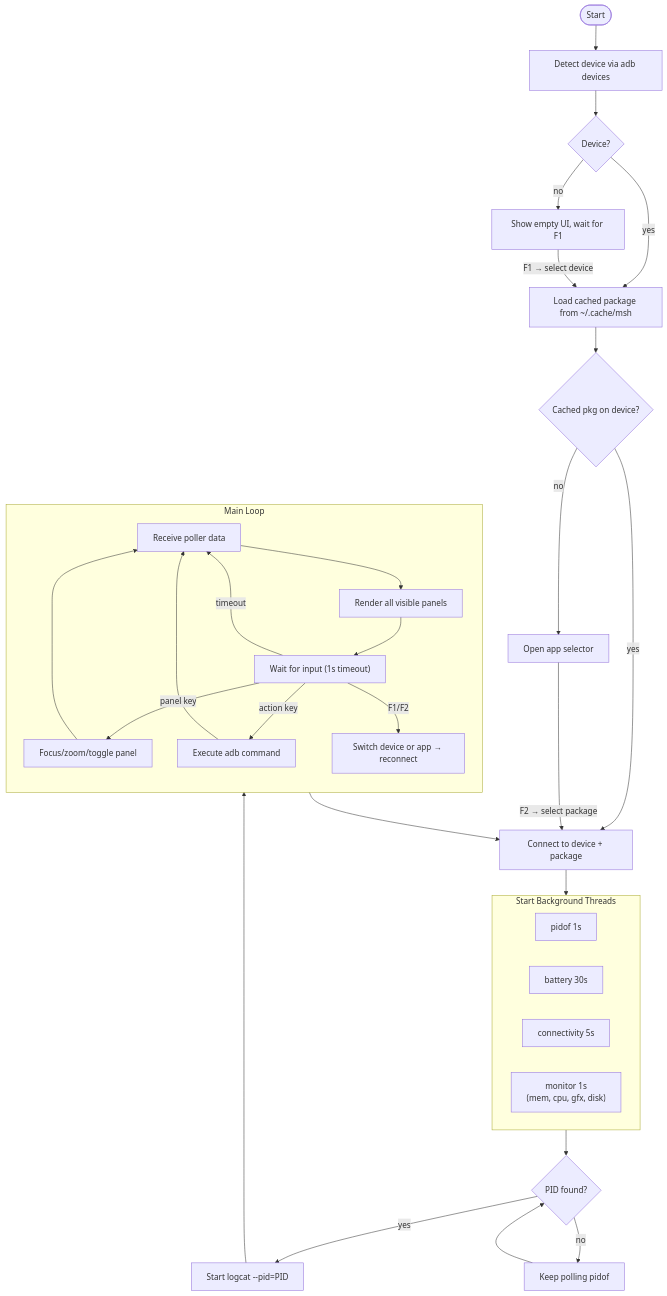
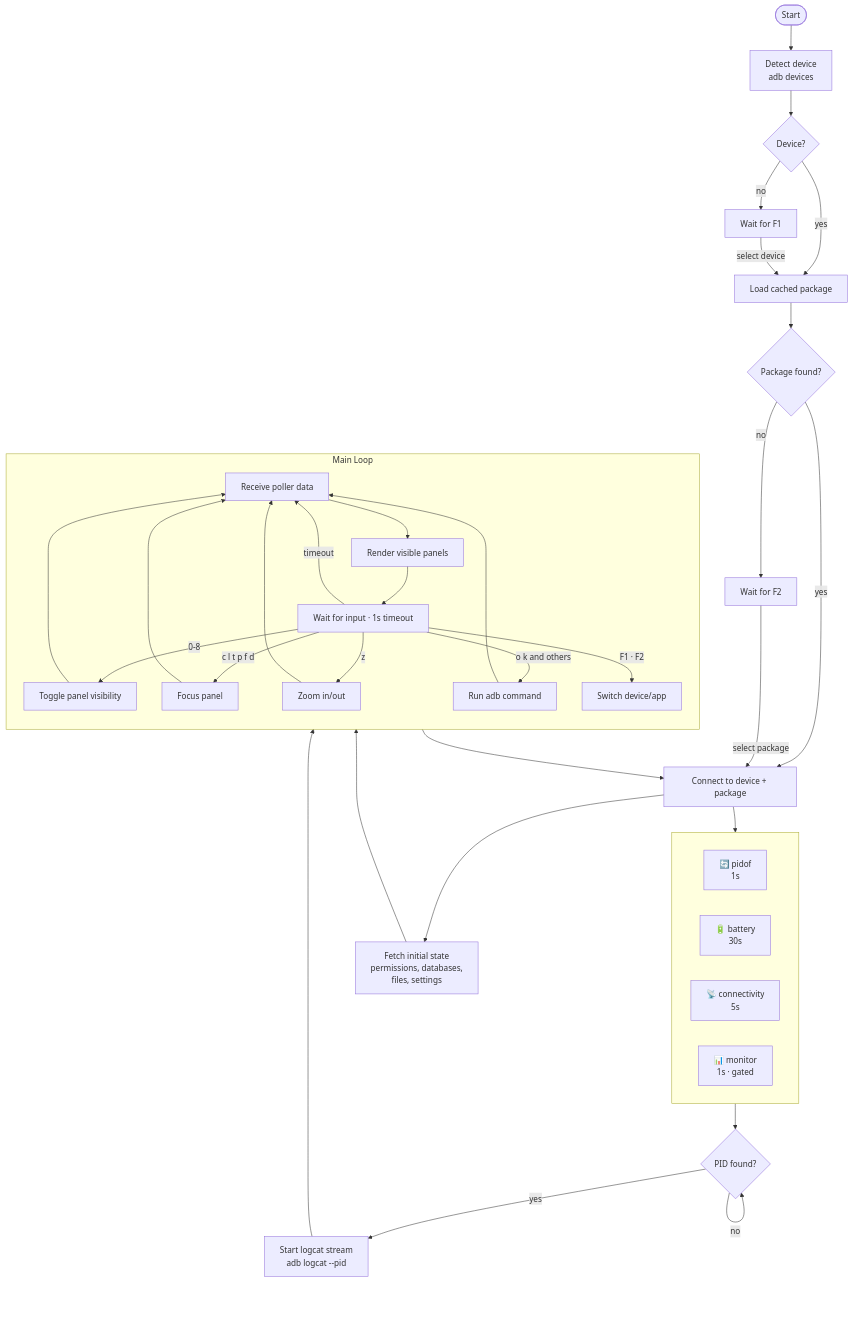
Before and after one commit to measure-sh/holo: the diagram in docs/architecture.mmd, drawn with Mermaid.

Commit message:
Improve architecture diagram readability

```diff
--- a/docs/architecture.mmd
+++ b/docs/architecture.mmd
@@ -1,42 +1,61 @@
 graph TD
-    START([Start]) --> DETECT["Detect device via adb devices"]
+    %% ── Startup ──
+    START([Start])
+    START --> DETECT["Detect device\nadb devices"]
+
+    %% ── Device Selection ──
     DETECT --> HAS{Device?}
-    HAS -->|no| WAIT_F1["Show empty UI, wait for F1"]
-    HAS -->|yes| CACHE["Load cached package from ~/.cache/msh"]
-    WAIT_F1 -->|F1 → select device| CACHE
+    HAS -->|no| WAIT_F1["Wait for F1"]
+    HAS -->|yes| CACHE["Load cached package"]
+    WAIT_F1 -->|select device| CACHE
 
-    CACHE --> MATCH{Cached pkg on device?}
+    %% ── Package Selection ──
+    CACHE --> MATCH{Package found?}
     MATCH -->|yes| CONNECT
-    MATCH -->|no| WAIT_F2["Open app selector"]
-    WAIT_F2 -->|F2 → select package| CONNECT
+    MATCH -->|no| WAIT_F2["Wait for F2"]
+    WAIT_F2 -->|select package| CONNECT
 
-    CONNECT["Connect to device + package"] --> START_POLLERS
+    %% ── Connection ──
+    CONNECT["Connect to device + package"]
+    CONNECT --> POLLERS
+    CONNECT --> FETCH["Fetch initial state\npermissions, databases,\nfiles, settings"]
 
-    subgraph START_POLLERS["Start Background Threads"]
+    %% ── Background Threads ──
+    subgraph POLLERS[" "]
         direction LR
-        P1["pidof 1s"]
-        P2["battery 30s"]
-        P3["connectivity 5s"]
-        P4["monitor 1s\n(mem, cpu, gfx, disk)"]
+        P1["🔄 pidof\n1s"]
+        P2["🔋 battery\n30s"]
+        P3["📡 connectivity\n5s"]
+        P4["📊 monitor\n1s · gated"]
     end
 
-    START_POLLERS --> PID_READY{PID found?}
-    PID_READY -->|yes| LOGCAT["Start logcat --pid=PID"]
-    PID_READY -->|no| POLL_PID["Keep polling pidof"]
-    POLL_PID --> PID_READY
+    POLLERS --> PID{PID found?}
+    PID -->|no| PID
+    PID -->|yes| LOGCAT["Start logcat stream\nadb logcat --pid"]
 
-    LOGCAT --> RUNNING["App Running"]
+    %% ── Main Loop ──
+    LOGCAT --> LOOP
+    FETCH --> LOOP
 
-    subgraph RUNNING["Main Loop"]
+    subgraph LOOP["Main Loop"]
         direction TB
-        RECV["Receive poller data"] --> RENDER["Render all visible panels"]
-        RENDER --> KEY["Wait for input (1s timeout)"]
+
+        RECV["Receive poller data"]
+        RECV --> RENDER["Render visible panels"]
+        RENDER --> KEY["Wait for input · 1s timeout"]
+
         KEY -->|timeout| RECV
-        KEY -->|panel key| FOCUS["Focus/zoom/toggle panel"]
-        KEY -->|action key| ACTION["Execute adb command"]
-        KEY -->|F1/F2| SWITCH["Switch device or app → reconnect"]
+
+        KEY -->|"0-8"| TOGGLE["Toggle panel visibility"]
+        KEY -->|"c l t p f d"| FOCUS["Focus panel"]
+        KEY -->|z| ZOOM["Zoom in/out"]
+        KEY -->|"o k and others"| ACTION["Run adb command"]
+        KEY -->|F1 · F2| SWITCH["Switch device/app"]
+
+        TOGGLE --> RECV
         FOCUS --> RECV
+        ZOOM --> RECV
         ACTION --> RECV
     end
 
     SWITCH --> CONNECT
```
